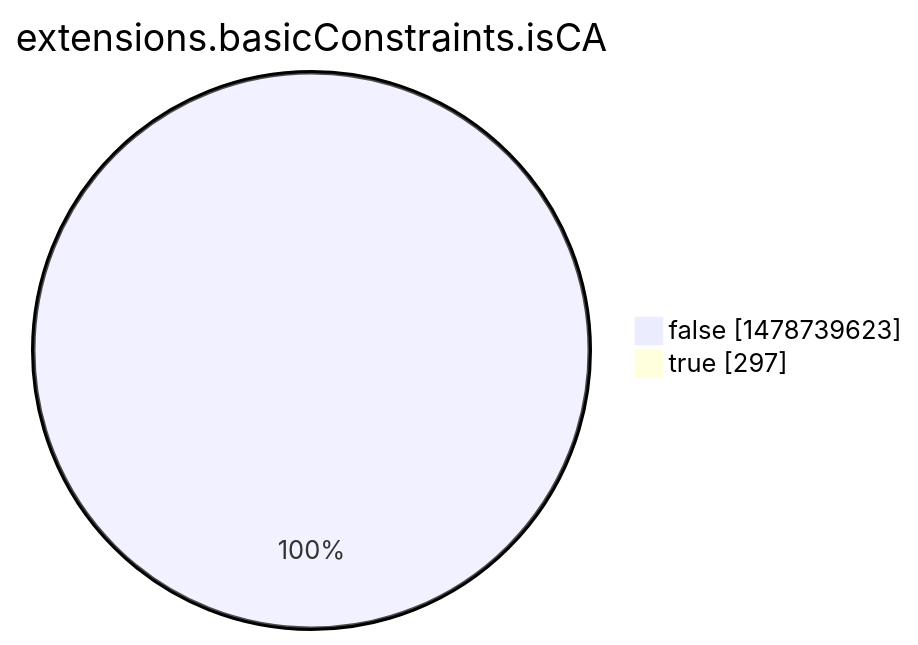
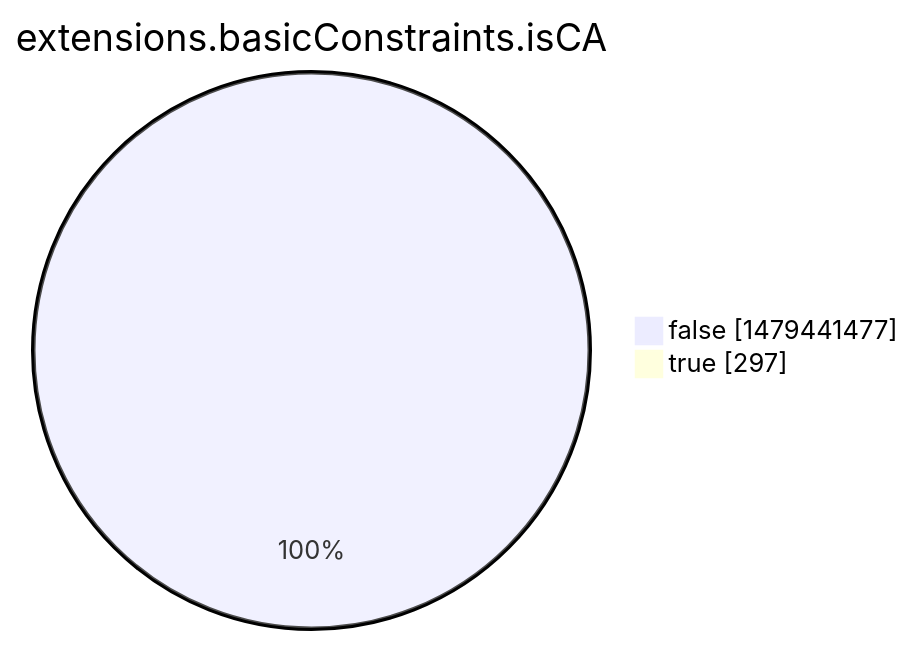
The eighth of 15 diagrams in argon2022/README.md (christiankrug/ctmonitor_visualization), drawn with Mermaid before and after one commit. The commit also changed other lines of this file, not shown here.

````diff
--- a/argon2022/README.md
+++ b/argon2022/README.md
@@ -2760,6 +2760,6 @@
 ```mermaid
 pie showData
 title extensions.basicConstraints.isCA
-"false" :1478739623
+"false" :1479441477
 "true" :297
 ```
````
